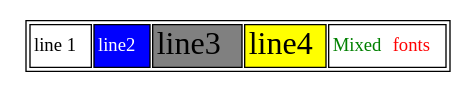
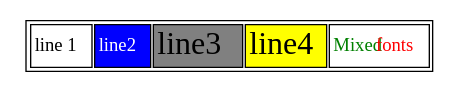
Before and after one commit to nadavrot/layout: the diagram in inputs/html_font.dot, drawn with Graphviz. The commit also changed 5 other files, not shown here.

```diff
--- a/inputs/html_font.dot
+++ b/inputs/html_font.dot
@@ -1,20 +1,20 @@
 digraph structs {
     node [shape=plaintext];
 
     struct1 [label=<<TABLE>
 			<TR>
         <TD>line 1</TD>
         <TD BGCOLOR="blue"><FONT COLOR="white">line2</FONT></TD>
         <TD BGCOLOR="gray"><FONT POINT-SIZE="24.0">line3</FONT></TD>
         <TD BGCOLOR="yellow"><FONT POINT-SIZE="24.0" FACE="ambrosia">line4</FONT></TD>
         <TD>
           <TABLE CELLPADDING="0" BORDER="0" CELLSPACING="0">
 						<TR>
-							<TD><FONT COLOR="green">Mixed</FONT></TD>
+							<TD><FONT COLOR="green" FACE="Cursive">Mixed</FONT></TD>
 							<TD><FONT COLOR="red">fonts</FONT></TD>
 						</TR>
           </TABLE>
         </TD>
       </TR>
     </TABLE>>];
 }
```
